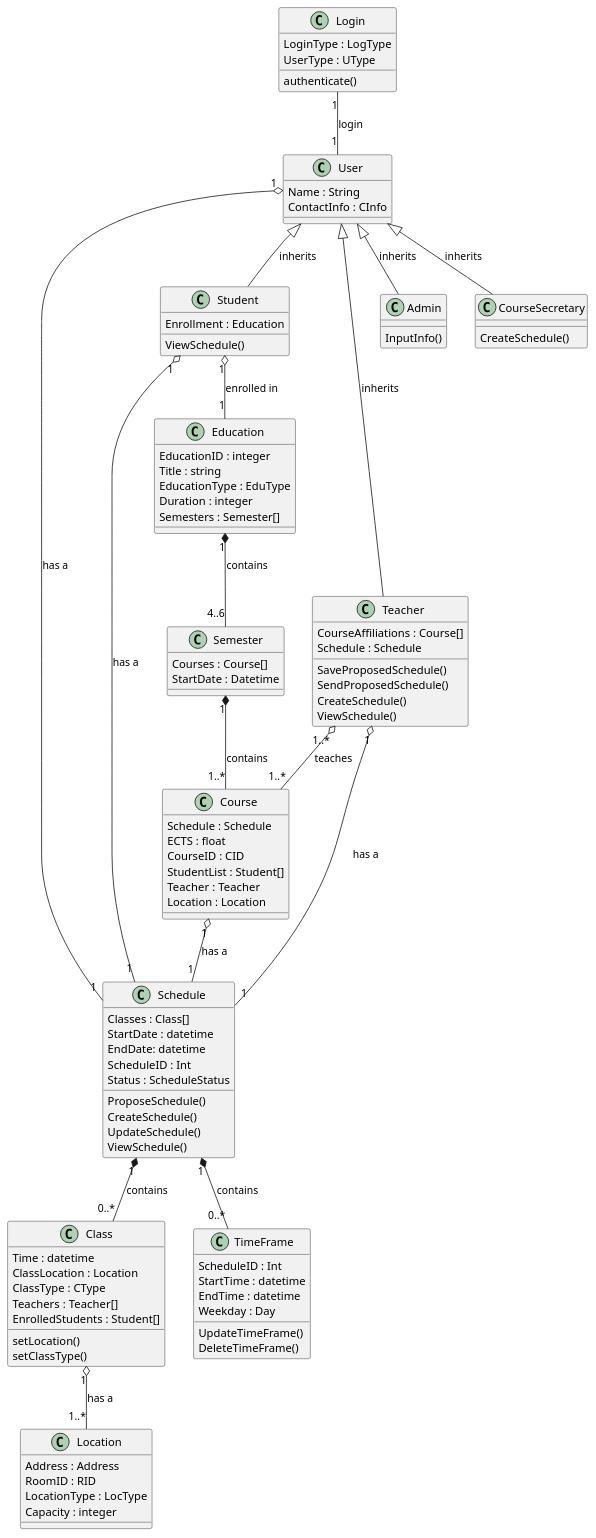
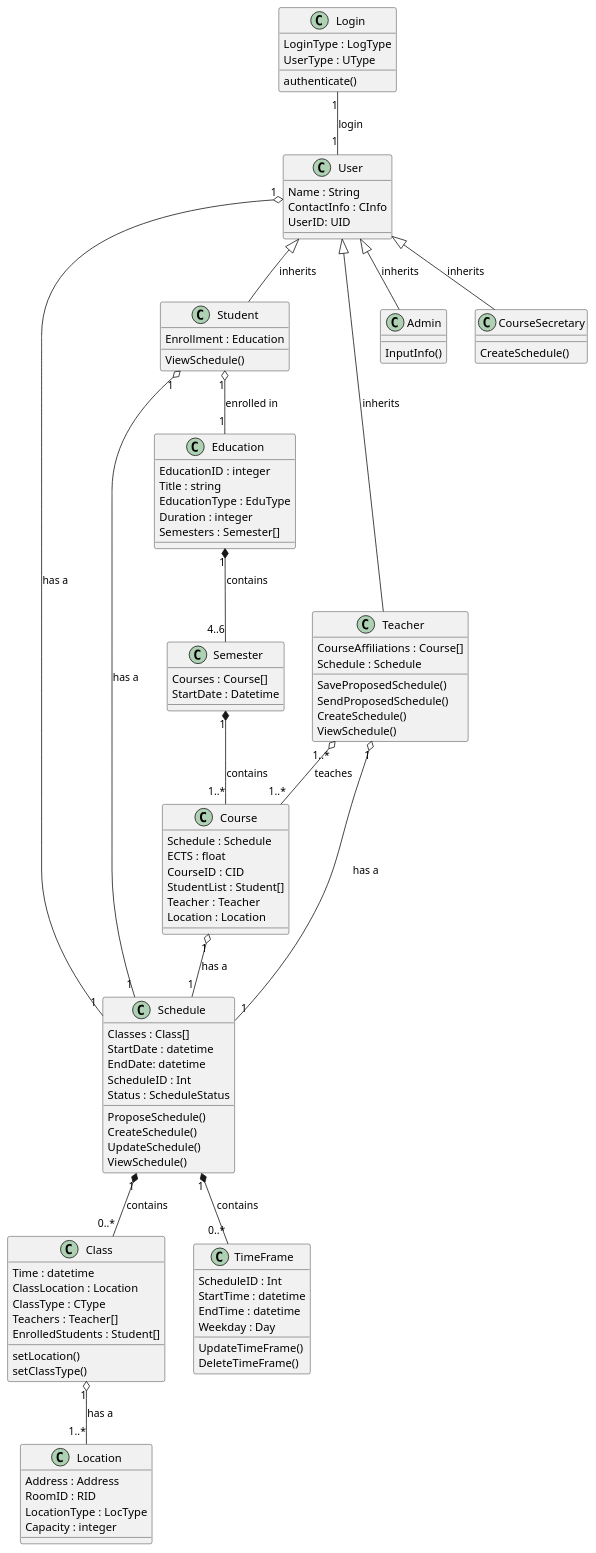
Before and after one commit to frejabauch/Systemudvikling_FSIS: the diagram in Diagrams/ClassDiagram.puml, drawn with PlantUML.

Commit message:
Updated class diagram

```diff
--- a/Diagrams/ClassDiagram.puml
+++ b/Diagrams/ClassDiagram.puml
@@ -1,118 +1,119 @@
 @startuml ClassDiagram
 
 class Education {
     EducationID : integer
     Title : string
     EducationType : EduType
     Duration : integer
     Semesters : Semester[]
 }
 
 class Schedule{
     Classes : Class[]
     StartDate : datetime
     EndDate: datetime
     ScheduleID : Int
     Status : ScheduleStatus
     ProposeSchedule()
     CreateSchedule()
     UpdateSchedule()
     ViewSchedule()
 }
 
 class Location{
     Address : Address
     RoomID : RID
     LocationType : LocType
     Capacity : integer
 }
 
 class Course{
     Schedule : Schedule
     ECTS : float
     CourseID : CID
     StudentList : Student[]
     Teacher : Teacher
     Location : Location
 }
 
 class Class{
     Time : datetime
     ClassLocation : Location
     ClassType : CType
     Teachers : Teacher[]
     EnrolledStudents : Student[]
     setLocation()
     setClassType()
 }
 
 class Login{
     LoginType : LogType
     UserType : UType
     authenticate()
 }
 
 class User{
     Name : String
     ContactInfo : CInfo
+    UserID: UID
 }
 
 class Semester{
     Courses : Course[]
     StartDate : Datetime
 }
 
 class Student{
     Enrollment : Education
     ViewSchedule()
 }
 
 class Teacher{
     CourseAffiliations : Course[]
     Schedule : Schedule
     SaveProposedSchedule()
     SendProposedSchedule()
     CreateSchedule()
     ViewSchedule()
 }
 
 class Admin{
     InputInfo()
 }
 
 class TimeFrame{
     ScheduleID : Int
     StartTime : datetime
     EndTime : datetime
     Weekday : Day
     UpdateTimeFrame()
     DeleteTimeFrame()
 }
 
 class CourseSecretary{
     CreateSchedule()
 }
 
 User"1" o-- "1" Schedule : has a
 Course"1" o-- "1" Schedule : has a
 Student"1" o-- "1" Schedule : has a
 Teacher"1" o-- "1" Schedule : has a
 
 Education"1" *-- "4..6" Semester : contains
 
 Class "1" o-- "1..*"Location : has a
 
 User <|-- Student : inherits
 User <|-- Teacher : inherits
 User <|-- Admin : inherits
 User <|-- CourseSecretary : inherits
 
 Semester"1" *-- "1..*" Course : contains
 Schedule"1" *-- "0..*" Class : contains
 Schedule"1" *-- "0..*" TimeFrame : contains
 Teacher"1..*" o-- "1..*" Course : teaches
 Student"1" o-- "1" Education : enrolled in
 
 Login "1" -- "1" User : login
 
 @enduml
```
